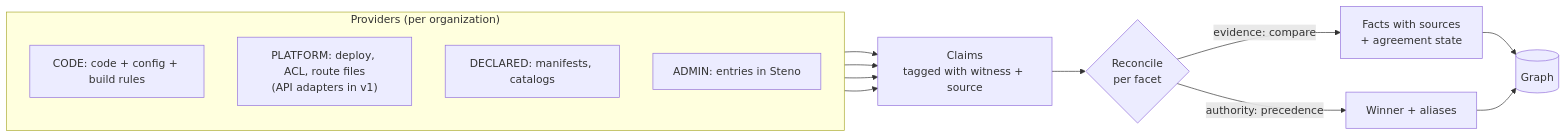
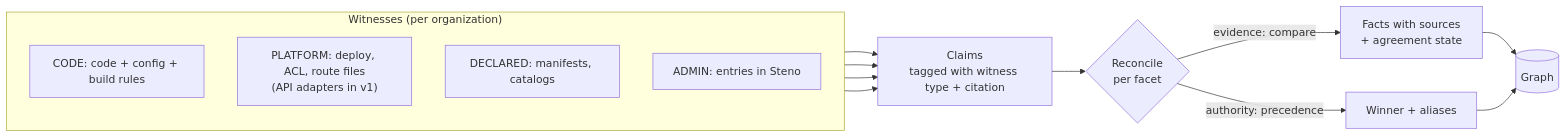
Before and after one commit to KBavis/steno: the second of 2 diagrams in docs/concepts/witnesses-and-facets.md, drawn with Mermaid. The commit also changed other lines of this file and 19 other files, not shown here.

Commit message:
docs: use witness and witness type terminology instead of witness & provider (since provider is a bit laoded term)

````diff
--- a/docs/concepts/witnesses-and-facets.md
+++ b/docs/concepts/witnesses-and-facets.md
@@ -133,15 +133,15 @@
 ```mermaid
 flowchart LR
-    subgraph P["Providers (per organization)"]
+    subgraph P["Witnesses (per organization)"]
       direction TB
       CR["CODE: code + config + build rules"]
       PF["PLATFORM: deploy, ACL, route files<br/>(API adapters in v1)"]
       DC["DECLARED: manifests, catalogs"]
       AD["ADMIN: entries in Steno"]
     end
-    CR & PF & DC & AD --> CL["Claims<br/>tagged with witness + source"]
+    CR & PF & DC & AD --> CL["Claims<br/>tagged with witness type + citation"]
     CL --> RC{"Reconcile<br/>per facet"}
     RC -- "evidence: compare" --> AG["Facts with sources<br/>+ agreement state"]
     RC -- "authority: precedence" --> AU["Winner + aliases"]
     AG & AU --> G[("Graph")]
 ```
````
